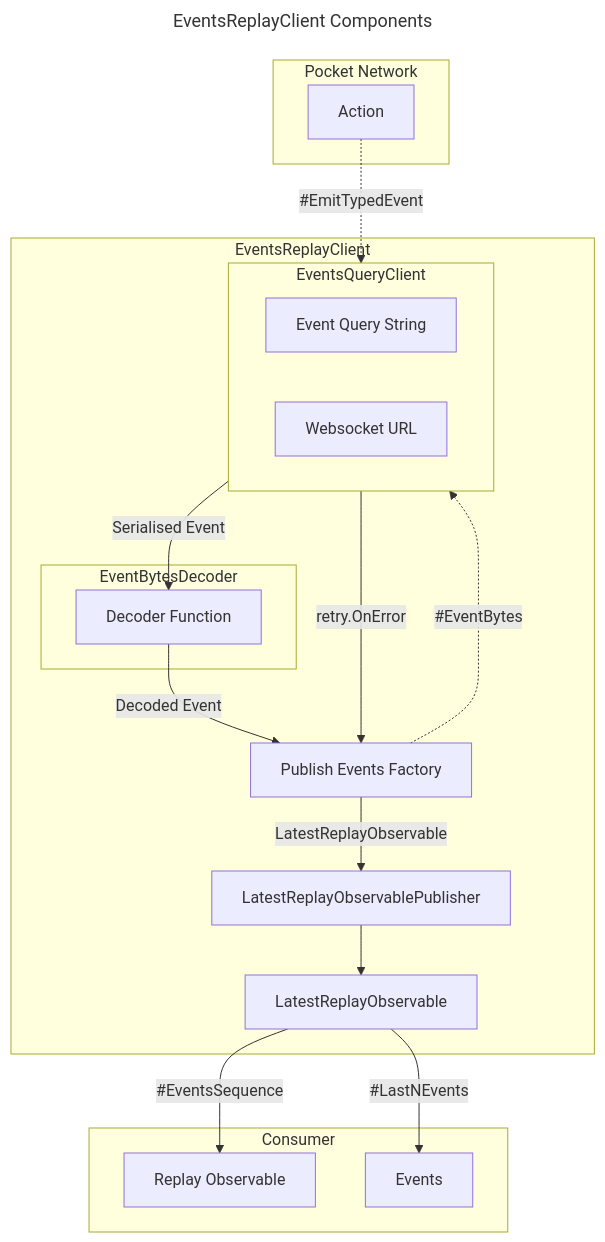
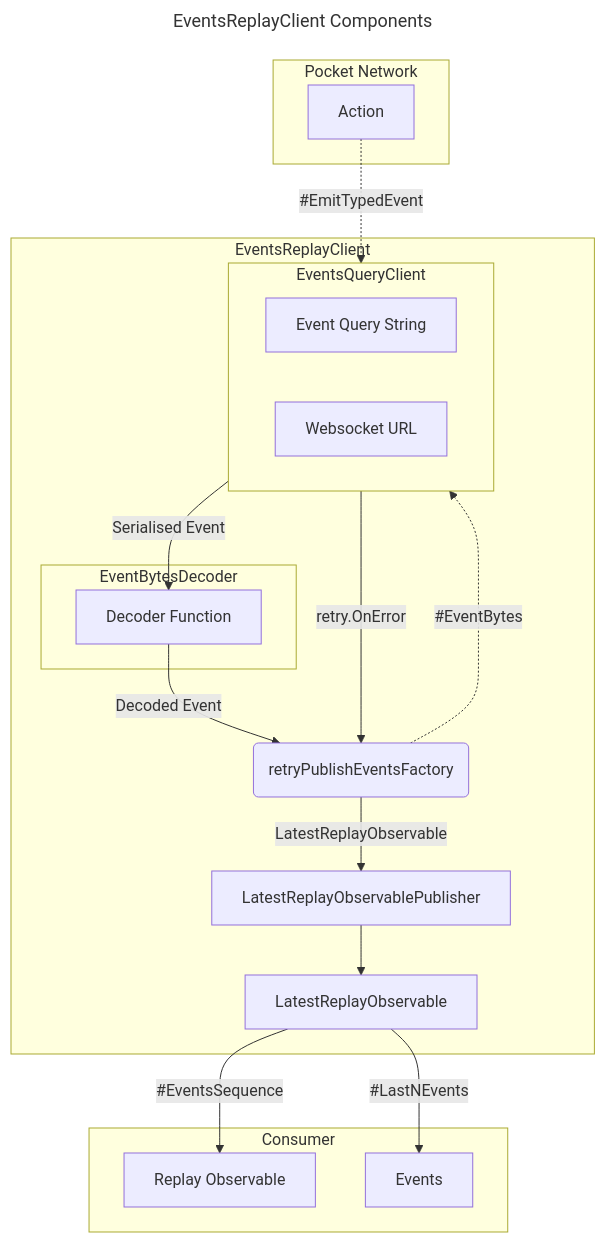
The third of 4 diagrams in docs/pkg/client/events.md (pokt-network/poktroll), drawn with Mermaid before and after one commit. The commit also changed other lines of this file and 4 other files, not shown here.

````diff
--- a/docs/pkg/client/events.md
+++ b/docs/pkg/client/events.md
@@ -99,40 +99,40 @@
 ```mermaid
 ---
 title: EventsReplayClient Components
 ---
 
 flowchart
   subgraph chain[Pocket Network]
     c1_md[Action]
   end
 
   subgraph erc[EventsReplayClient]
     subgraph eqc[EventsQueryClient]
       r1_qs[Event Query String]
       r1_qe[Websocket URL]
     end
-    r1_rt[Publish Events Factory]
+    r1_rt(retryPublishEventsFactory)
     subgraph dec[EventBytesDecoder]
       r1_df[Decoder Function]
     end
     r1_ob[LatestReplayObservable]
     r1_pb[LatestReplayObservablePublisher]
   end
 
   subgraph con[Consumer]
     c1_ob[Replay Observable]
     c1_ev[Events]
   end
 
   c1_md -."#EmitTypedEvent".-> eqc
 
   eqc --"retry.OnError"--> r1_rt
   r1_df --"Decoded Event"--> r1_rt
   r1_rt -."#EventBytes".-> eqc
   r1_rt --"LatestReplayObservable"-->r1_pb
   r1_pb --> r1_ob
 
   eqc --"Serialised Event"--> r1_df
   r1_ob --"#EventsSequence"--> c1_ob
   r1_ob --"#LastNEvents"--> c1_ev
 ```
````
